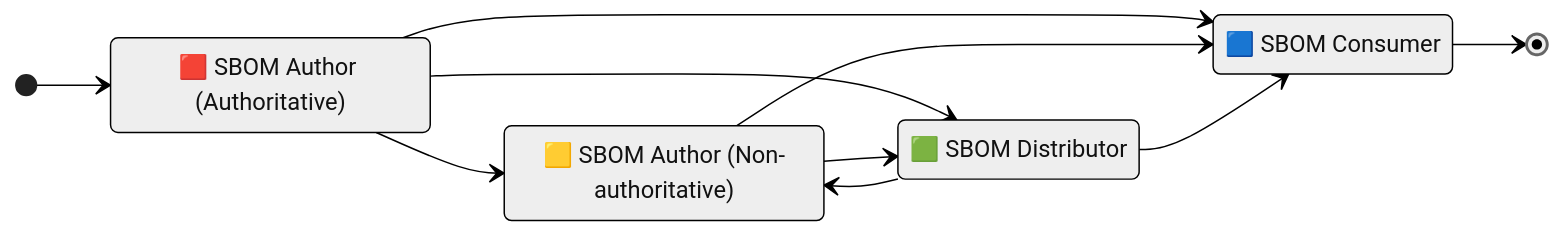
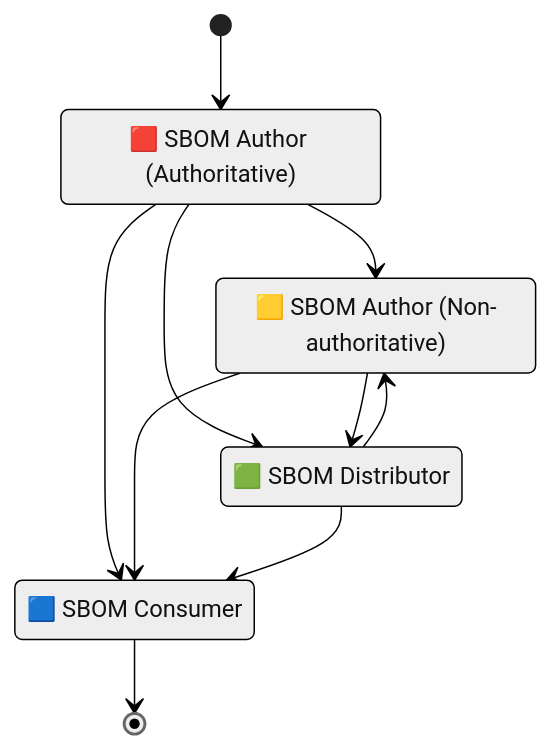
The second of 4 diagrams in docs/supplychain-sbom.md (CPAN-Security/security.metacpan.org), drawn with Mermaid (neutral theme) before and after one commit. The commit also changed other lines of this file and 1 other file, not shown here.

First line of the commit message:
Add a simplified supply-chain diagram

````diff
--- a/docs/supplychain-sbom.md
+++ b/docs/supplychain-sbom.md
@@ -208,20 +208,21 @@
 ```mermaid
 stateDiagram-v2
-    direction LR
+    direction TB
+    accTitle: SBOM Roles and Activities
 
     state "🟥 SBOM Author (Authoritative)" as sbom_author
     state "🟨 SBOM Author (Non-authoritative)" as sbom_assembler
     state "🟩 SBOM Distributor" as sbom_distributor
     state "🟦 SBOM Consumer" as sbom_consumer
 
     [*] --> sbom_author
     sbom_author --> sbom_assembler
     sbom_author --> sbom_consumer
     sbom_author --> sbom_distributor
     sbom_assembler --> sbom_distributor
     sbom_assembler --> sbom_consumer
     sbom_distributor --> sbom_assembler
     sbom_distributor --> sbom_consumer
     sbom_consumer --> [*]
 
 ```
````
